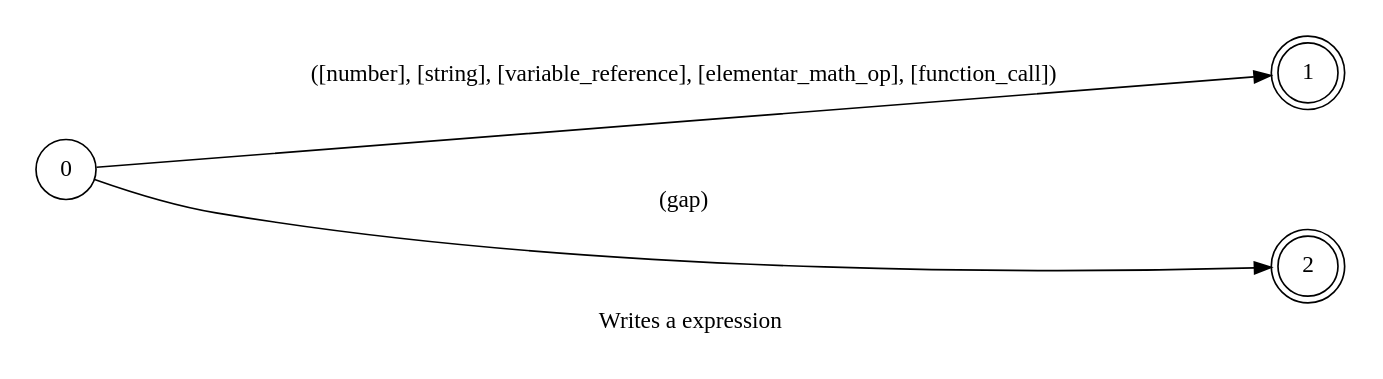
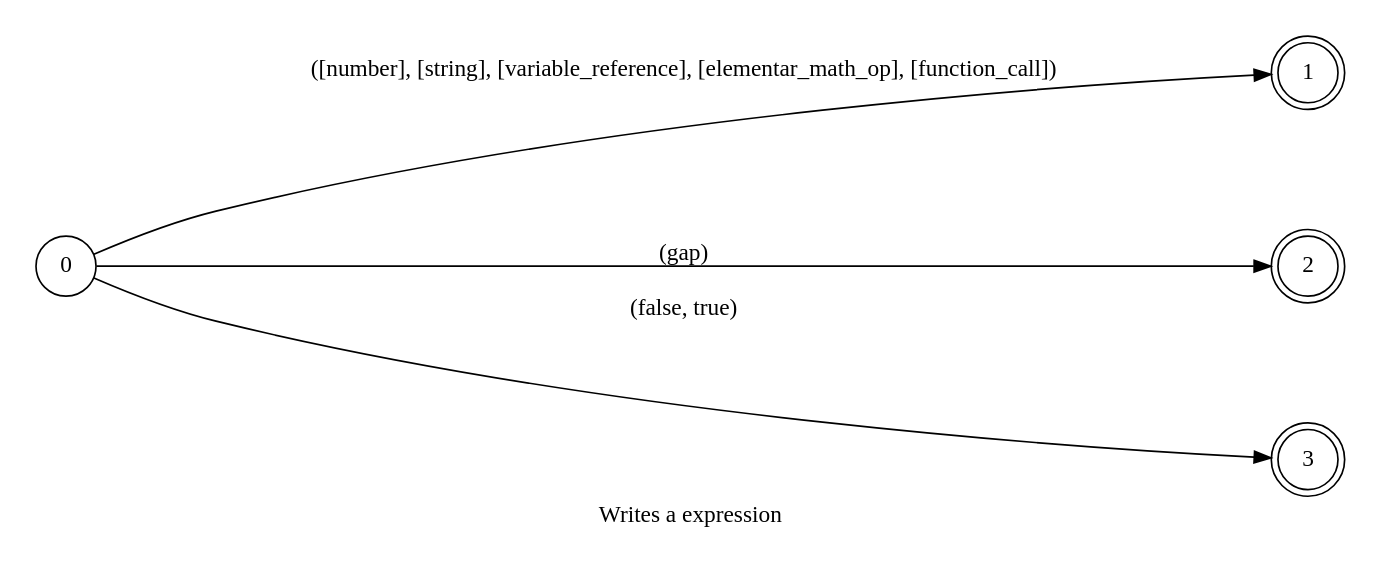
One commit to pedrooaugusto/speech-to-code changed the diagram in spoken/src/modules/typescript/expressions/phrase_en-US.dot. Above: the diagram before and after it, drawn with Graphviz. The commit also changed 66 other files, not shown here.

```diff
--- a/spoken/src/modules/typescript/expressions/phrase_en-US.dot
+++ b/spoken/src/modules/typescript/expressions/phrase_en-US.dot
@@ -1,19 +1,20 @@
 digraph expressions {
     id="expressions";
     label="Writes a expression";
     lang="en-US";
     langName="English";
     pad="0.2";
     nodesep="1";
     ranksep="2";
     rankdir=LR;
     alias="true";
-    node[shape=doublecircle]; 1 2;
+    node[shape=doublecircle]; 1 2 3;
     node[shape=circle];
 
     0 -> 1 [label="([number], [string], [variable_reference], [elementar_math_op], [function_call])", store=expression];
     0 -> 2 [label="(gap)", store=wildCard, normalizer="identity"];
+    0 -> 3 [label="(false, true)", store=booleanConstants];
 
     title="Writes a expression";
     desc="Writes a expression in the editor, this is meant to be used inside another automatas";
 }
```
